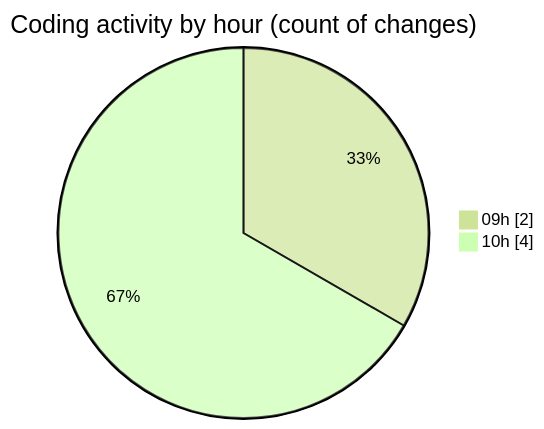
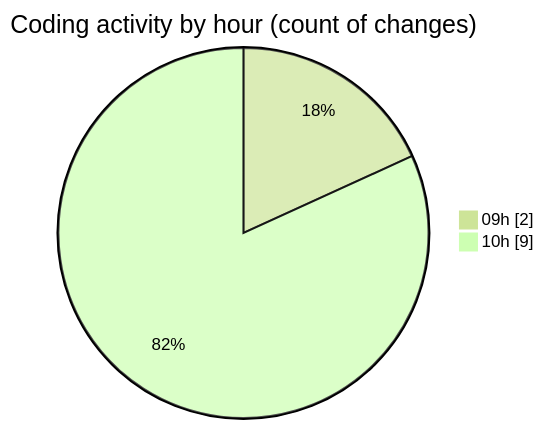
One commit to momahboobian/code-tracking changed the second of 2 diagrams in 2025-06-13/cda/README.md. Above: the diagram before and after it, drawn with Mermaid (forest theme). The commit also changed other lines of this file and 1 other file, not shown here.

````diff
--- a/2025-06-13/cda/README.md
+++ b/2025-06-13/cda/README.md
@@ -29,6 +29,6 @@
 ```mermaid
 pie showData
 title Coding activity by hour (count of changes)
 "09h" : 2
-"10h" : 4
+"10h" : 9
 ```
````
